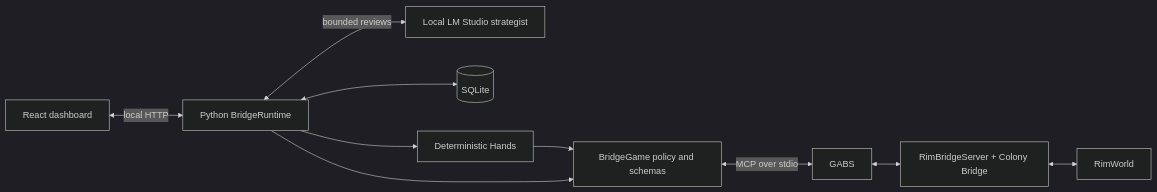
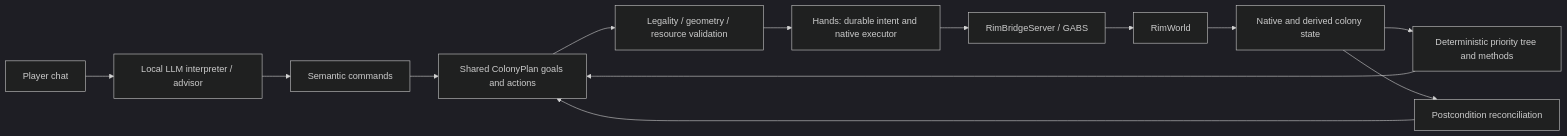
Before and after one commit to davidarcher/rimgovernor: the diagram in docs/ARCHITECTURE.md, drawn with Mermaid (dark theme). The commit also changed other lines of this file and 26 other files, not shown here.

First line of the commit message:
Refactor routine control around deterministic goals and shared player commands

````diff
--- a/docs/ARCHITECTURE.md
+++ b/docs/ARCHITECTURE.md
@@ -10,12 +11,15 @@
 ```mermaid
 flowchart LR
-    UI[React dashboard] <-->|local HTTP| Runtime[Python BridgeRuntime]
-    Runtime <-->|bounded reviews| Model[Local LM Studio strategist]
-    Runtime <--> Store[(SQLite)]
-    Runtime --> Hands[Deterministic Hands]
-    Hands --> Gateway[BridgeGame policy and schemas]
-    Runtime --> Gateway
-    Gateway <-->|MCP over stdio| GABS[GABS]
-    GABS <--> Native[RimBridgeServer + Colony Bridge]
-    Native <--> Game[RimWorld]
+    Player[Player chat] --> Model[Local LLM interpreter / advisor]
+    Game[RimWorld] --> Facts[Native and derived colony state]
+    Facts --> Controller[Deterministic priority tree and methods]
+    Model --> Intent[Semantic commands]
+    Intent --> Plan[Shared ColonyPlan goals and actions]
+    Controller --> Plan
+    Plan --> Validate[Legality / geometry / resource validation]
+    Validate --> Hands[Hands: durable intent and native executor]
+    Hands --> Bridge[RimBridgeServer / GABS]
+    Bridge --> Game
+    Facts --> Outcomes[Postcondition reconciliation]
+    Outcomes --> Plan
 ```
````
